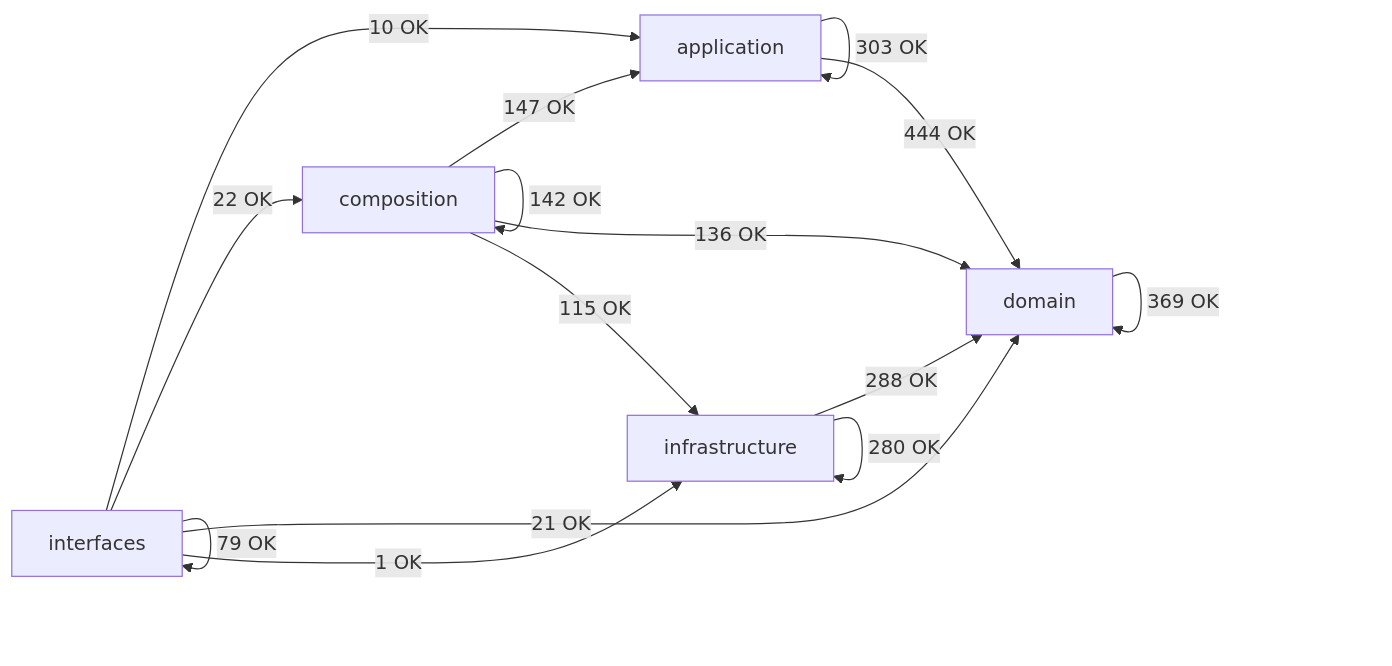
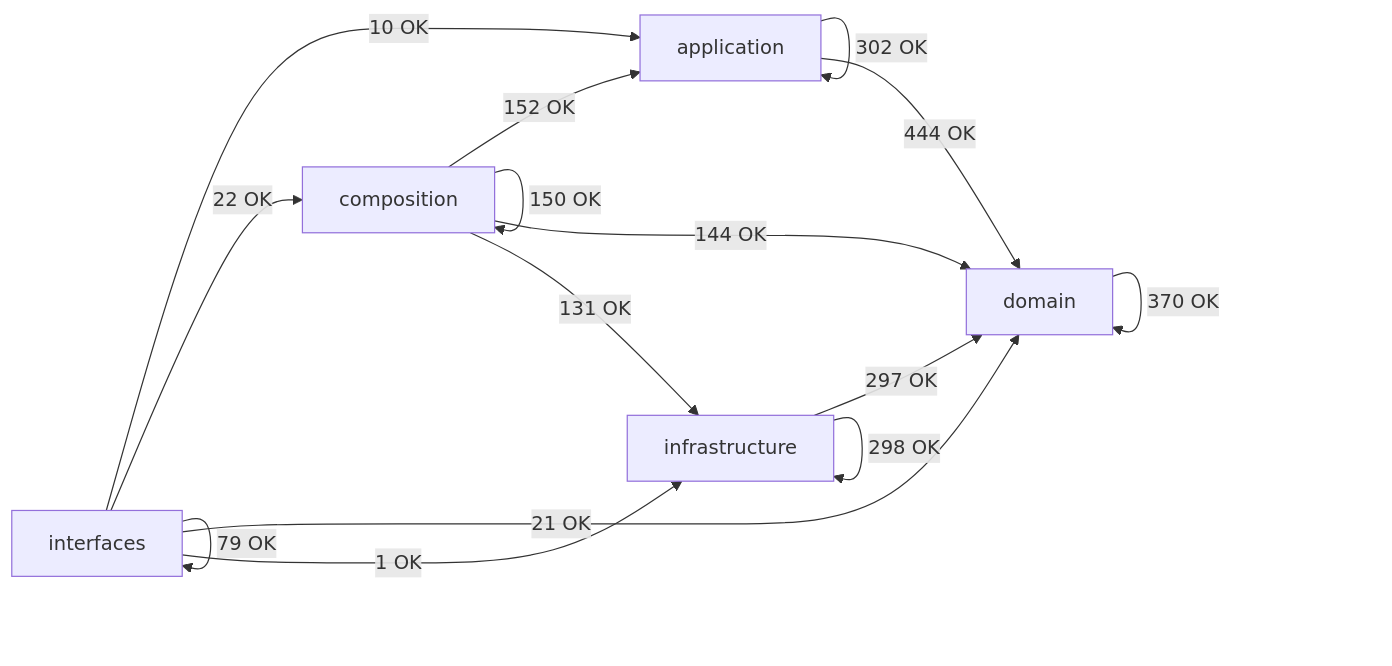
Before and after one commit to SatoryKono/BioactivityDataAcquisition: the diagram in docs/02-architecture/generated/module-dependency-map.md, drawn with Mermaid. The commit also changed other lines of this file and 217 other files, not shown here.

````diff
--- a/docs/02-architecture/generated/module-dependency-map.md
+++ b/docs/02-architecture/generated/module-dependency-map.md
@@ -15,22 +15,22 @@
 ```mermaid
 flowchart LR
     domain[domain]
     application[application]
     infrastructure[infrastructure]
     composition[composition]
     interfaces[interfaces]
-    application -->|303 OK| application
+    application -->|302 OK| application
     application -->|444 OK| domain
-    composition -->|147 OK| application
-    composition -->|142 OK| composition
-    composition -->|136 OK| domain
-    composition -->|115 OK| infrastructure
-    domain -->|369 OK| domain
-    infrastructure -->|288 OK| domain
-    infrastructure -->|280 OK| infrastructure
+    composition -->|152 OK| application
+    composition -->|150 OK| composition
+    composition -->|144 OK| domain
+    composition -->|131 OK| infrastructure
+    domain -->|370 OK| domain
+    infrastructure -->|297 OK| domain
+    infrastructure -->|298 OK| infrastructure
     interfaces -->|10 OK| application
     interfaces -->|22 OK| composition
     interfaces -->|21 OK| domain
     interfaces -->|1 OK| infrastructure
     interfaces -->|79 OK| interfaces
 ```
````
